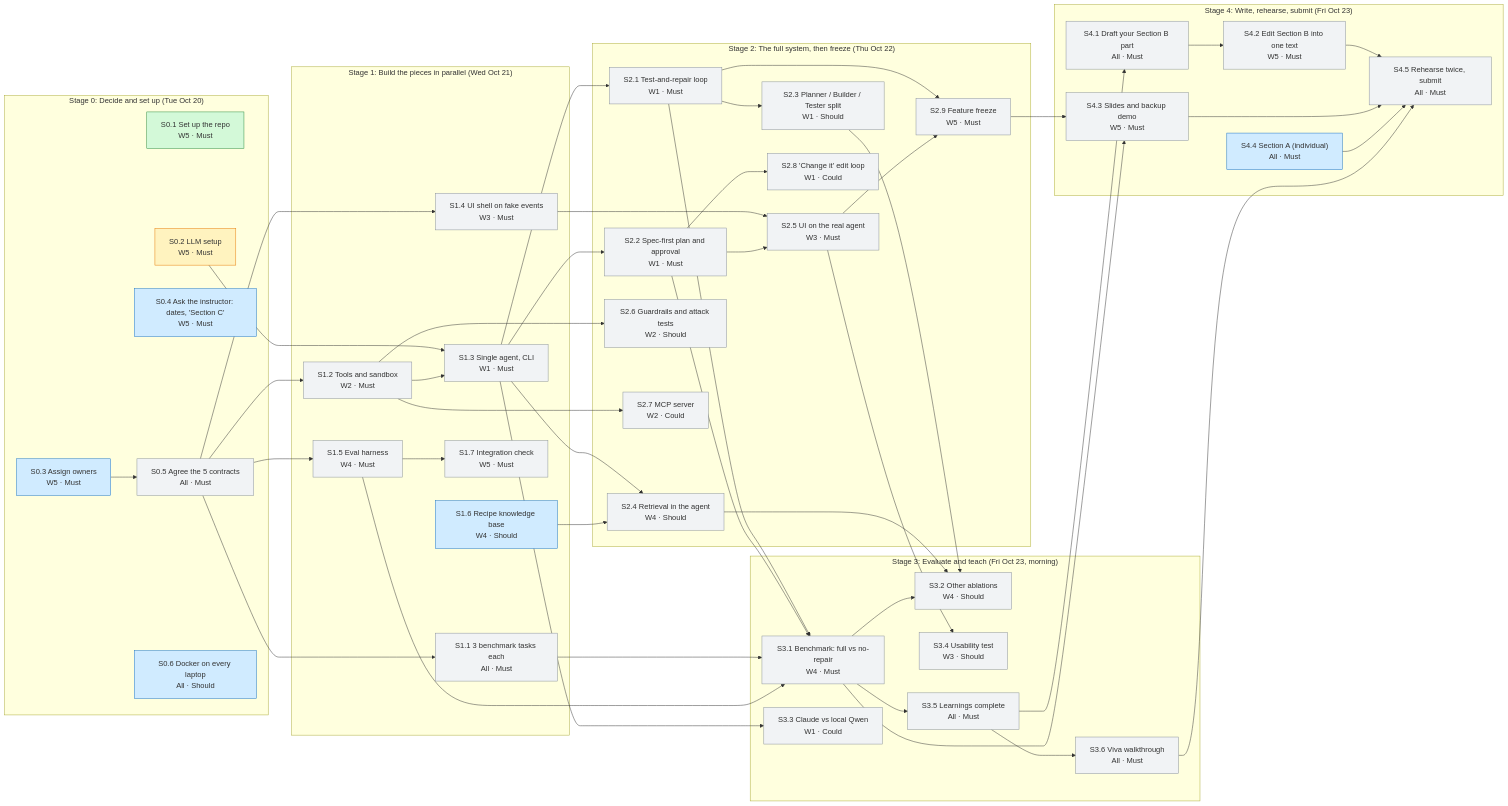
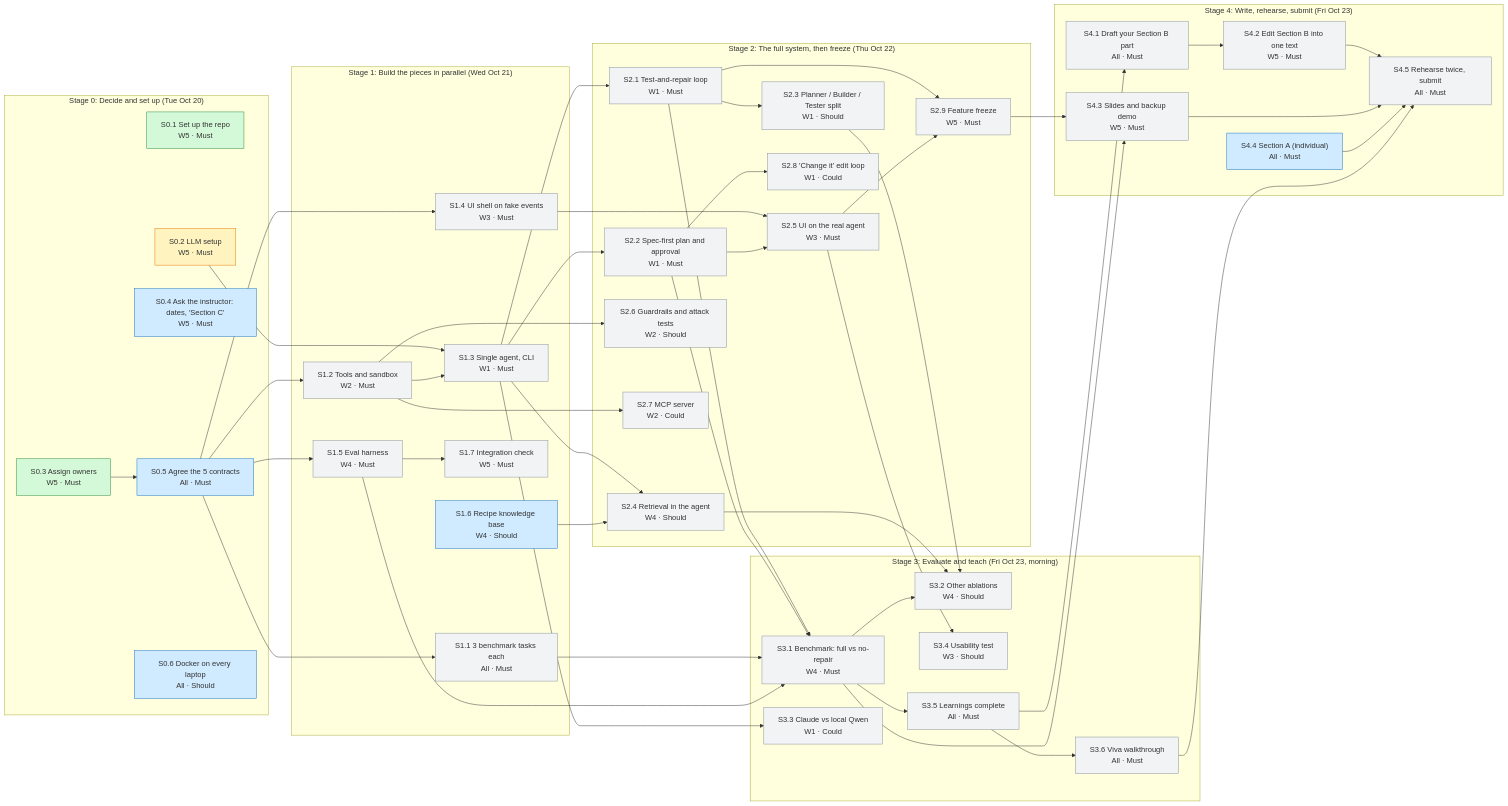
The diagram in docs/PLAN.md (ASU-MICS-2028/nlp-group-1-prosit-2), drawn with Mermaid before and after one commit. The commit also changed other lines of this file and 9 other files, not shown here.

Commit message:
Assign workstream owners: Alice W1, Bernard W2, Michael W3, Joseph W4, Eric W5; show names in all plan views

```diff
--- a/docs/PLAN.md
+++ b/docs/PLAN.md
@@ -31,9 +31,9 @@
   subgraph Stage0["Stage 0: Decide and set up (Tue Oct 20)"]
     S0_1["S0.1 Set up the repo<br/>W5 · Must"]:::done
     S0_2["S0.2 LLM setup<br/>W5 · Must"]:::doing
-    S0_3["S0.3 Assign owners<br/>W5 · Must"]:::ready
+    S0_3["S0.3 Assign owners<br/>W5 · Must"]:::done
     S0_4["S0.4 Ask the instructor: dates, 'Section C'<br/>W5 · Must"]:::ready
-    S0_5["S0.5 Agree the 5 contracts<br/>All · Must"]:::waiting
+    S0_5["S0.5 Agree the 5 contracts<br/>All · Must"]:::ready
     S0_6["S0.6 Docker on every laptop<br/>All · Should"]:::ready
   end
   subgraph Stage1["Stage 1: Build the pieces in parallel (Wed Oct 21)"]
```
